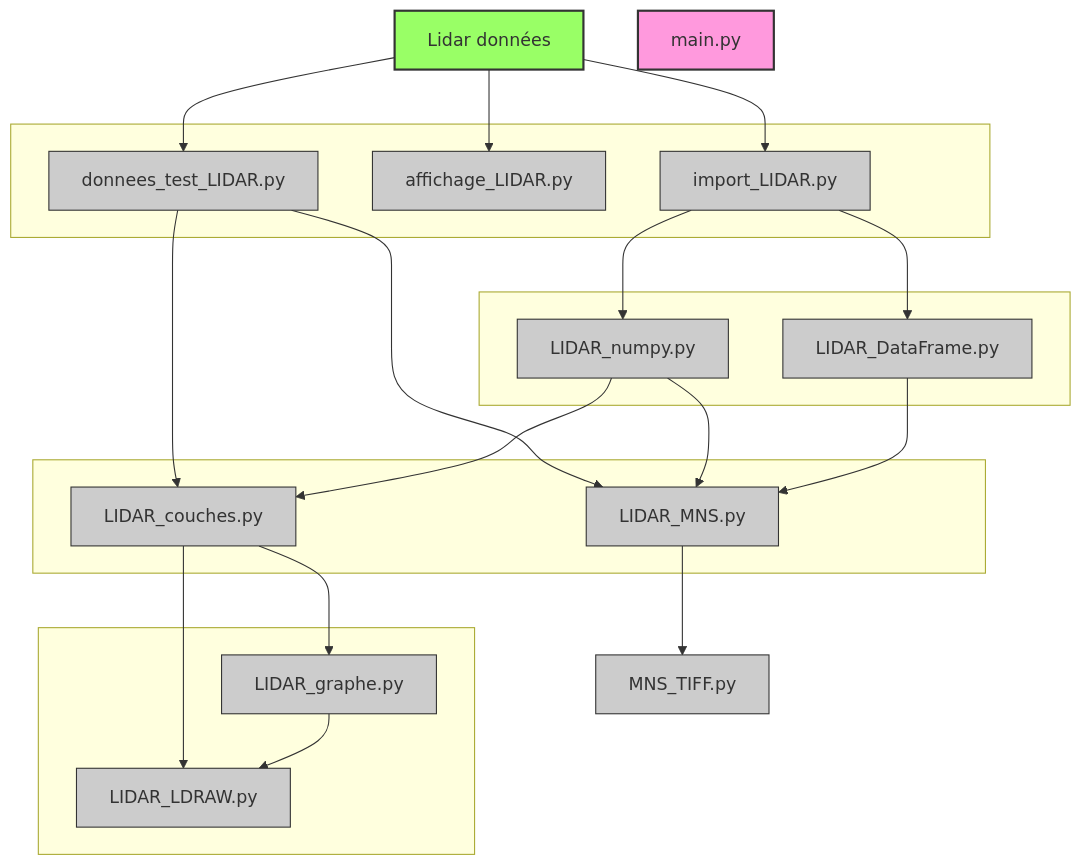
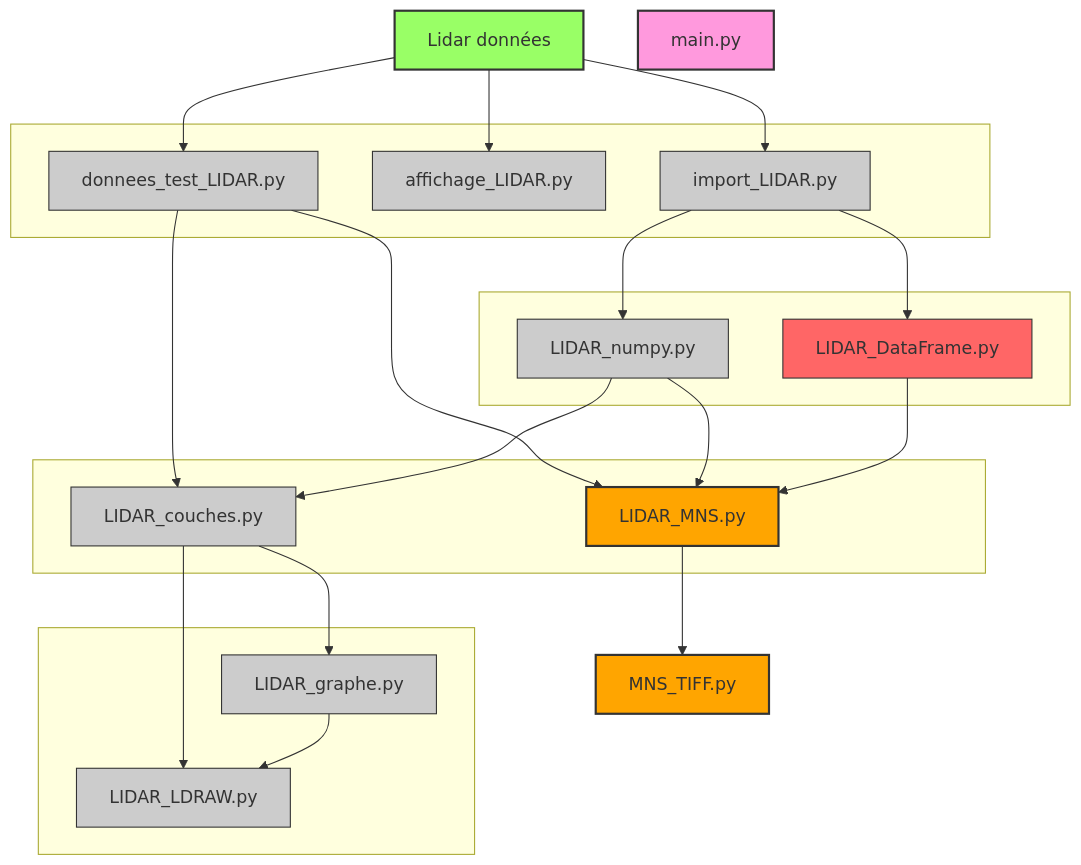
The diagram in Workflow.md (DanQue69/LEGO_Master), drawn with Mermaid before and after one commit.

````diff
--- a/Workflow.md
+++ b/Workflow.md
@@ -1,61 +1,61 @@
 ```mermaid 
 graph TD;
 
 A[Lidar données]
 
 subgraph L1[" "]
     B[donnees_test_LIDAR.py]
     C[affichage_LIDAR.py]
     D[import_LIDAR.py]
 end
 
 subgraph L2[" "]
     E[LIDAR_numpy.py]
     F[LIDAR_DataFrame.py]
 end
 
 subgraph L3[" "]
     G[LIDAR_MNS.py]
     I[LIDAR_couches.py]
 end
 
 subgraph L4[" "]
     J[LIDAR_LDRAW.py]
     K[LIDAR_graphe.py]
 end
 
 H[MNS_TIFF.py]
 M[main.py]
 
 A --> B
 A --> C
 A --> D
 D --> E
 D --> F
 B --> G
 E --> G
 F --> G
 B --> I
 E --> I
 I --> J
 I --> K
 K --> J
 G --> H
 
 
     %% Styles des couleurs
     style A fill:#9f6,stroke:#333,stroke-width:2px
     style B fill:#ccc,stroke:#333,stroke-width:1px
     style C fill:#ccc,stroke:#333,stroke-width:1px
     style D fill:#ccc,stroke:#333,stroke-width:1px
     style E fill:#ccc,stroke:#333,stroke-width:1px
-    style F fill:#ccc,stroke:#333,stroke-width:1px
-    style G fill:#ccc,stroke:#333,stroke-width:1px
-    style H fill:#ccc,stroke:#333,stroke-width:1px
+    style F fill:#f66,stroke:#333,stroke-width:1px
+    style G fill:#ffa500,stroke:#333,stroke-width:2px
+    style H fill:#ffa500,stroke:#333,stroke-width:2px
     style I fill:#ccc,stroke:#333,stroke-width:1px
     style J fill:#ccc,stroke:#333,stroke-width:1px
     style K fill:#ccc,stroke:#333,stroke-width:1px
     style M fill:#f9d,stroke:#333,stroke-width:2px
 
     
 ```
````
